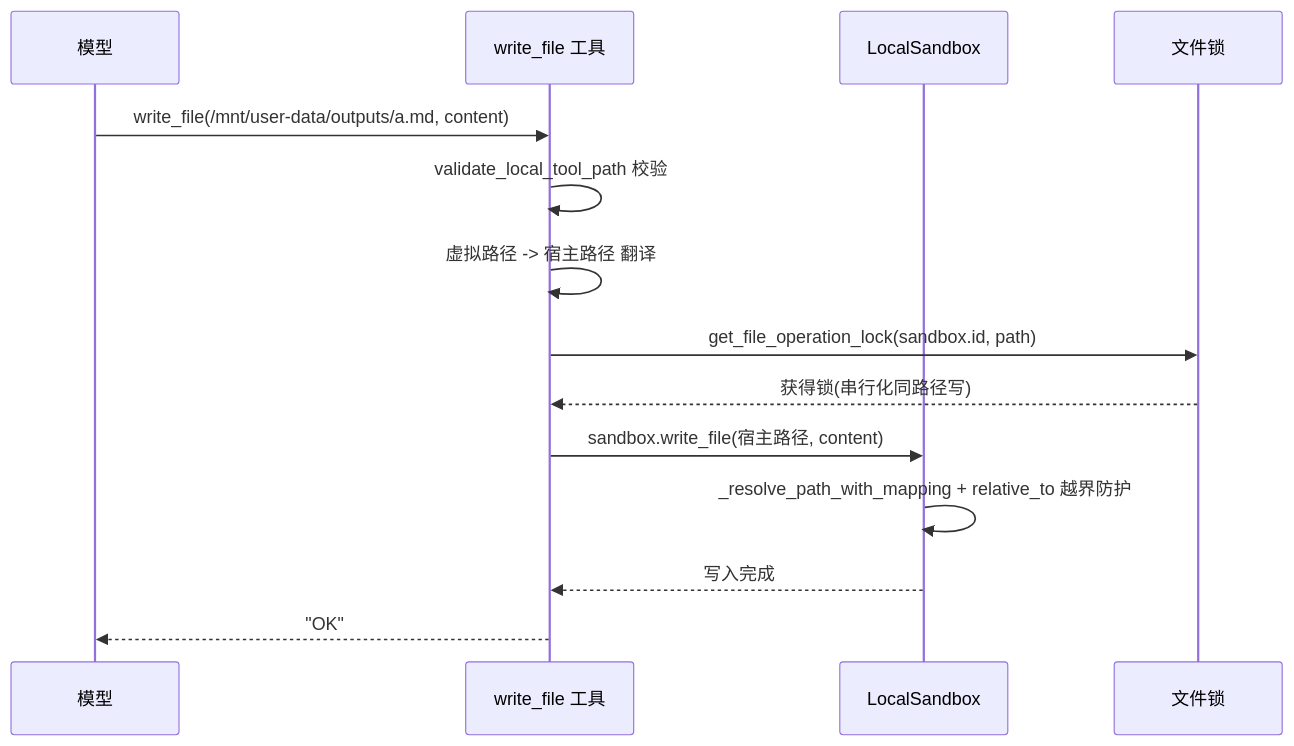
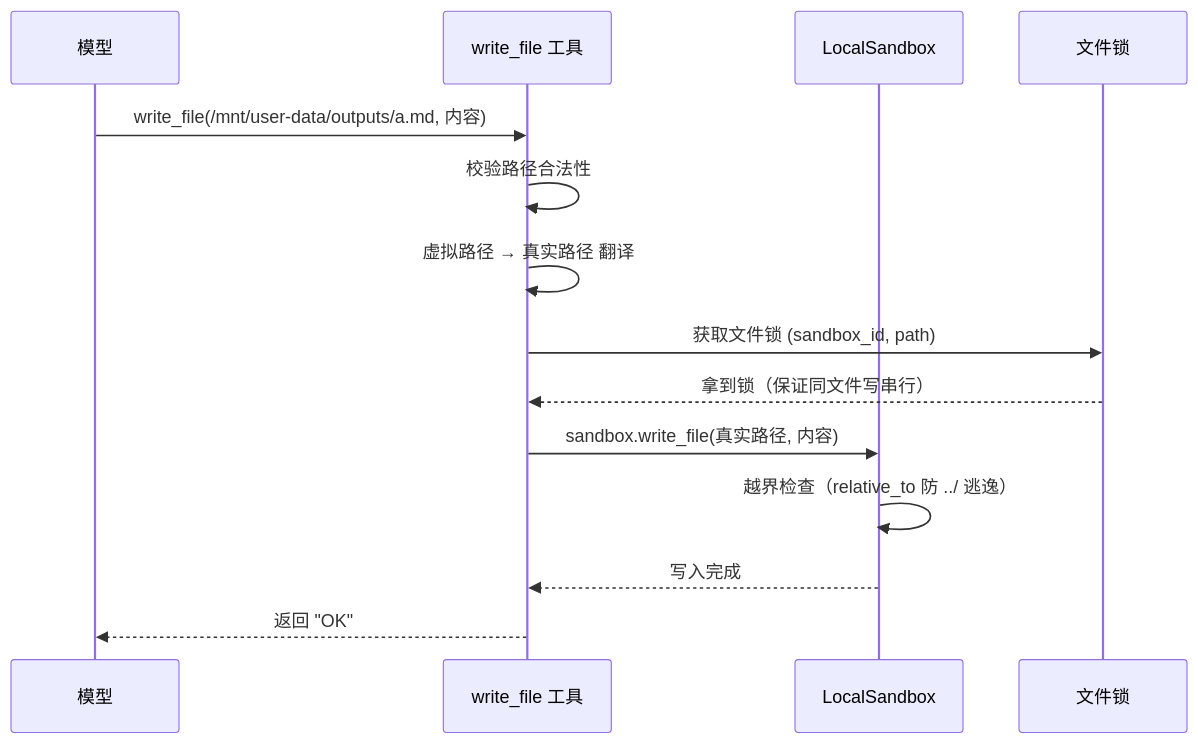
One commit to FFForeverCode/deer-flow changed the second of 2 diagrams in study/DeerFlow-沙箱系统设计-深度讲解.md. Above: the diagram before and after it, drawn with Mermaid. The commit also changed other lines of this file and 1 other file, not shown here.

````diff
--- a/study/DeerFlow-沙箱系统设计-深度讲解.md
+++ b/study/DeerFlow-沙箱系统设计-深度讲解.md
@@ -98,16 +352,16 @@
 ```mermaid
 sequenceDiagram
     participant M as 模型
     participant T as write_file 工具
     participant S as LocalSandbox
     participant L as 文件锁
-    M->>T: write_file(/mnt/user-data/outputs/a.md, content)
-    T->>T: validate_local_tool_path 校验
-    T->>T: 虚拟路径 -> 宿主路径 翻译
-    T->>L: get_file_operation_lock(sandbox.id, path)
-    L-->>T: 获得锁(串行化同路径写)
-    T->>S: sandbox.write_file(宿主路径, content)
-    S->>S: _resolve_path_with_mapping + relative_to 越界防护
+    M->>T: write_file(/mnt/user-data/outputs/a.md, 内容)
+    T->>T: 校验路径合法性
+    T->>T: 虚拟路径 → 真实路径 翻译
+    T->>L: 获取文件锁 (sandbox_id, path)
+    L-->>T: 拿到锁（保证同文件写串行）
+    T->>S: sandbox.write_file(真实路径, 内容)
+    S->>S: 越界检查（relative_to 防 ../ 逃逸）
     S-->>T: 写入完成
-    T-->>M: "OK"
+    T-->>M: 返回 "OK"
 ```
````
